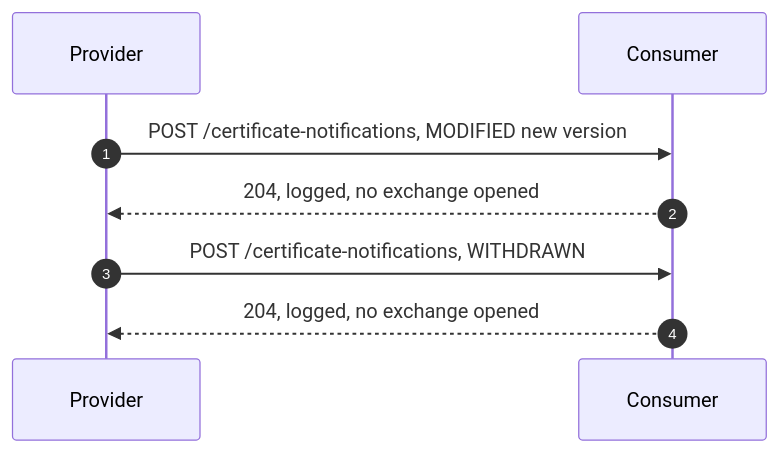
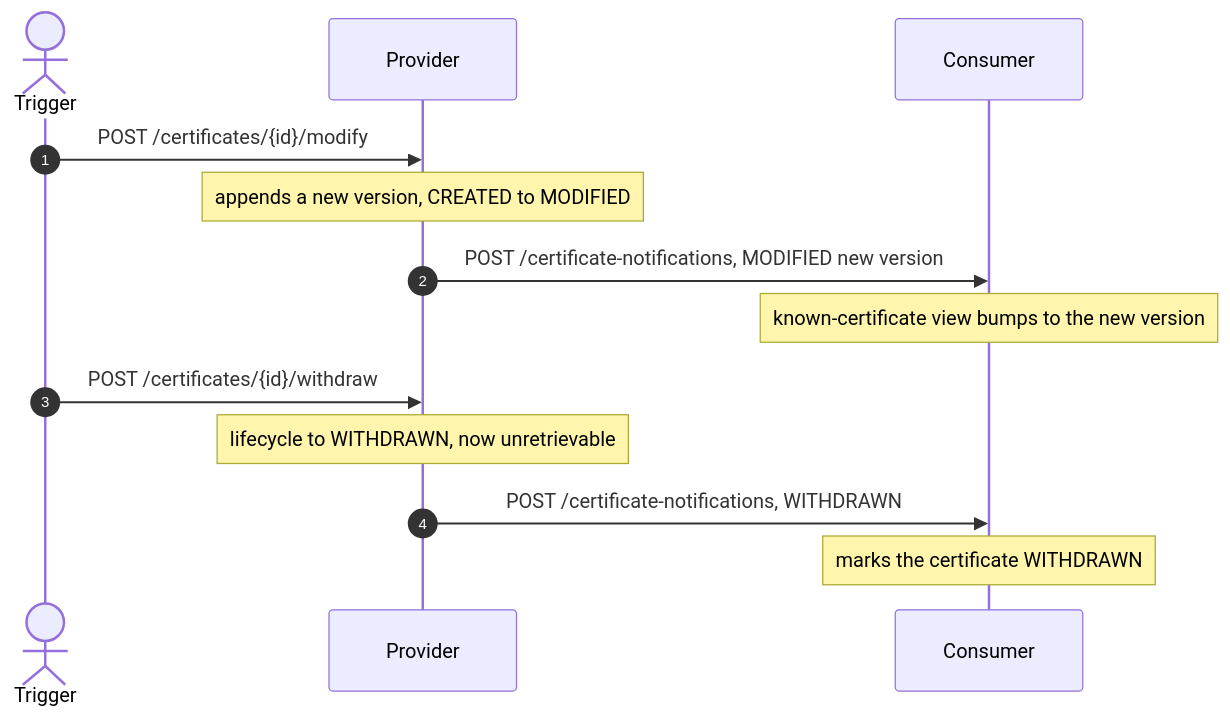
Before and after one commit to Metaform/certo: the fourth of 5 diagrams in docs/FLOWS.md, drawn with Mermaid. The commit also changed other lines of this file and 38 other files, not shown here.

Commit message:
feat: implement edge-case flows and simplify retrieved transition to make it optional

````diff
--- a/docs/FLOWS.md
+++ b/docs/FLOWS.md
@@ -160,10 +185,15 @@
 ```mermaid
 sequenceDiagram
     autonumber
+    actor T as Trigger
     participant P as Provider
     participant C as Consumer
+    T->>P: POST /certificates/{id}/modify
+    Note over P: appends a new version, CREATED to MODIFIED
     P->>C: POST /certificate-notifications, MODIFIED new version
-    C-->>P: 204, logged, no exchange opened
+    Note over C: known-certificate view bumps to the new version
+    T->>P: POST /certificates/{id}/withdraw
+    Note over P: lifecycle to WITHDRAWN, now unretrievable
     P->>C: POST /certificate-notifications, WITHDRAWN
-    C-->>P: 204, logged, no exchange opened
+    Note over C: marks the certificate WITHDRAWN
 ```
````
